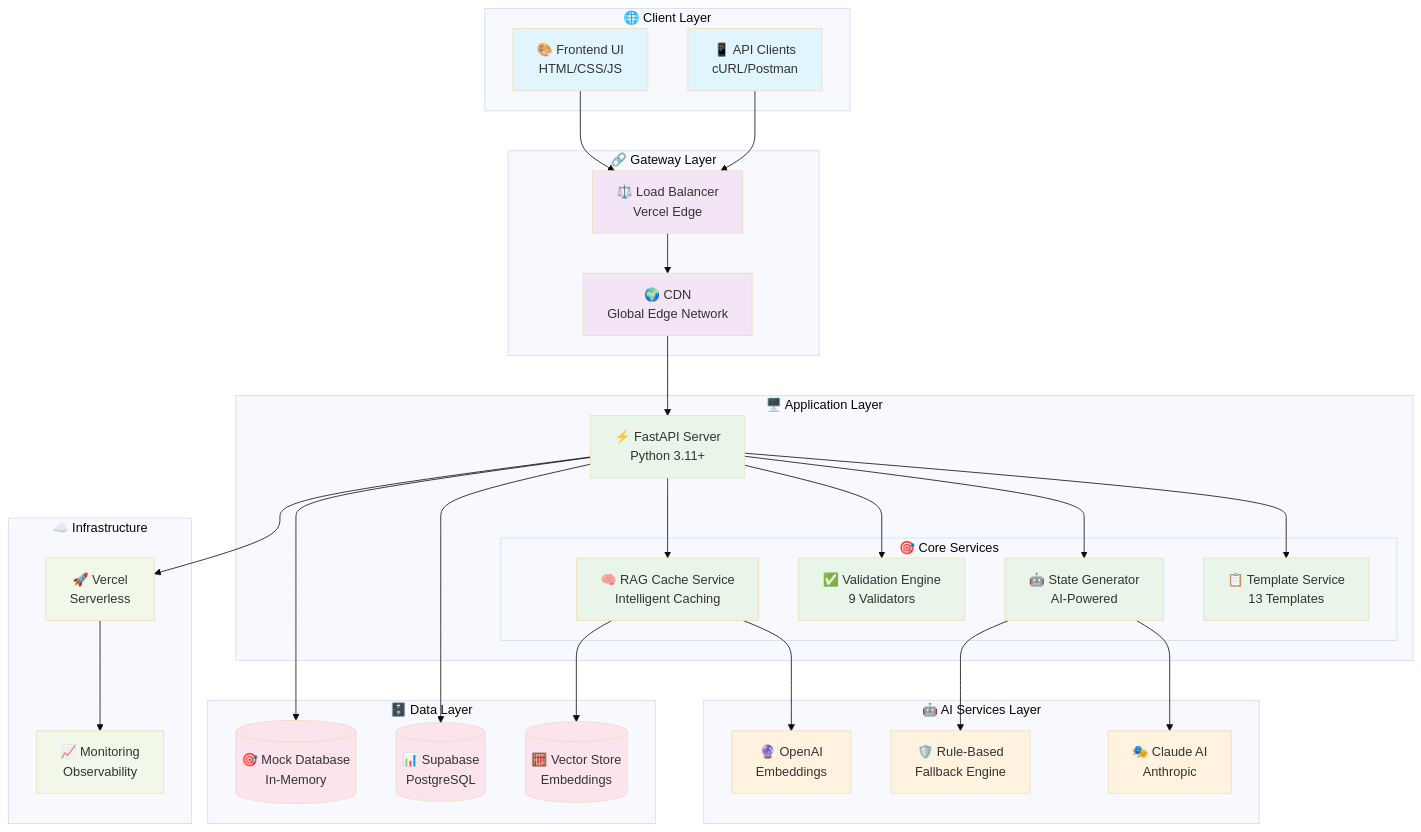
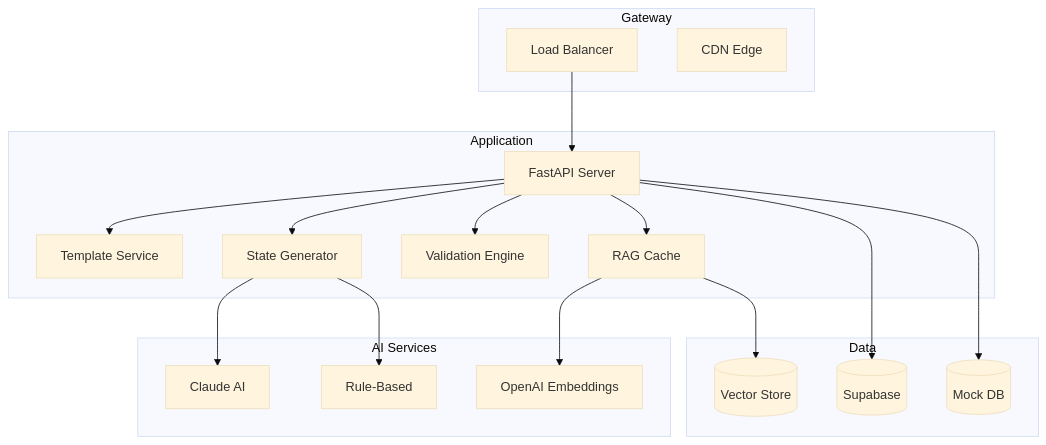
The first of 5 diagrams in docs/TECHNICAL_ARCHITECTURE.md (Rizkin/Solidus), drawn with Mermaid (base theme) before and after one commit. The commit also changed other lines of this file and 1 other file, not shown here.

First line of the commit message:
Fix technical architecture and add missing database tables

````diff
--- a/docs/TECHNICAL_ARCHITECTURE.md
+++ b/docs/TECHNICAL_ARCHITECTURE.md
@@ -50,77 +28,41 @@
 ```mermaid
 graph TB
-    subgraph "🌐 Client Layer"
-        UI[🎨 Frontend UI<br/>HTML/CSS/JS]
-        API_CLIENT[📱 API Clients<br/>cURL/Postman]
+    subgraph "Gateway"
+        LB[Load Balancer]
+        CDN[CDN Edge]
     end
     
-    subgraph "🔗 Gateway Layer"
-        LB[⚖️ Load Balancer<br/>Vercel Edge]
-        CDN[🌍 CDN<br/>Global Edge Network]
+    subgraph "Application"
+        API[FastAPI Server]
+        TEMPLATES[Template Service]
+        STATE_GEN[State Generator]
+        VALIDATOR[Validation Engine]
+        CACHE[RAG Cache]
     end
     
-    subgraph "🖥️ Application Layer"
-        API[⚡ FastAPI Server<br/>Python 3.11+]
-        
-        subgraph "🎯 Core Services"
-            TEMPLATES[📋 Template Service<br/>13 Templates]
-            STATE_GEN[🤖 State Generator<br/>AI-Powered]
-            VALIDATOR[✅ Validation Engine<br/>9 Validators]
-            CACHE[🧠 RAG Cache Service<br/>Intelligent Caching]
-        end
+    subgraph "AI Services"
+        CLAUDE[Claude AI]
+        OPENAI[OpenAI Embeddings]
+        FALLBACK[Rule-Based]
     end
     
-    subgraph "🤖 AI Services Layer"
-        CLAUDE[🎭 Claude AI<br/>Anthropic]
-        OPENAI[🔮 OpenAI<br/>Embeddings]
-        FALLBACK[🛡️ Rule-Based<br/>Fallback Engine]
+    subgraph "Data"
+        SUPABASE[(Supabase)]
+        MOCK[(Mock DB)]
+        VECTOR[(Vector Store)]
     end
     
-    subgraph "🗄️ Data Layer"
-        SUPABASE[(📊 Supabase<br/>PostgreSQL)]
-        MOCK[(🎯 Mock Database<br/>In-Memory)]
-        VECTOR[(🧮 Vector Store<br/>Embeddings)]
-    end
-    
-    subgraph "☁️ Infrastructure"
-        VERCEL[🚀 Vercel<br/>Serverless]
-        MONITORING[📈 Monitoring<br/>Observability]
-    end
-    
-    %% Connections
-    UI --> LB
-    API_CLIENT --> LB
-    LB --> CDN
-    CDN --> API
-    
+    LB --> API
     API --> TEMPLATES
     API --> STATE_GEN
     API --> VALIDATOR
     API --> CACHE
     
     STATE_GEN --> CLAUDE
     STATE_GEN --> FALLBACK
     CACHE --> OPENAI
     
     API --> SUPABASE
     API --> MOCK
     CACHE --> VECTOR
-    
-    API --> VERCEL
-    VERCEL --> MONITORING
-    
-    %% Styling
-    classDef client fill:#e1f5fe
-    classDef gateway fill:#f3e5f5
-    classDef app fill:#e8f5e8
-    classDef ai fill:#fff3e0
-    classDef data fill:#fce4ec
-    classDef infra fill:#f1f8e9
-    
-    class UI,API_CLIENT client
-    class LB,CDN gateway
-    class API,TEMPLATES,STATE_GEN,VALIDATOR,CACHE app
-    class CLAUDE,OPENAI,FALLBACK ai
-    class SUPABASE,MOCK,VECTOR data
-    class VERCEL,MONITORING infra
 ```
````
